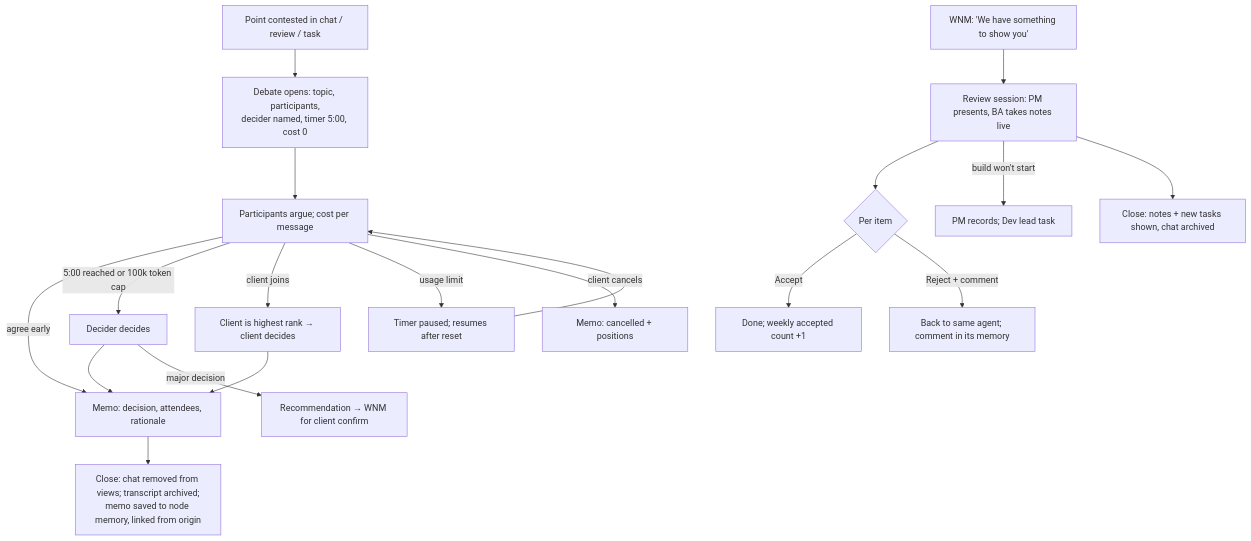
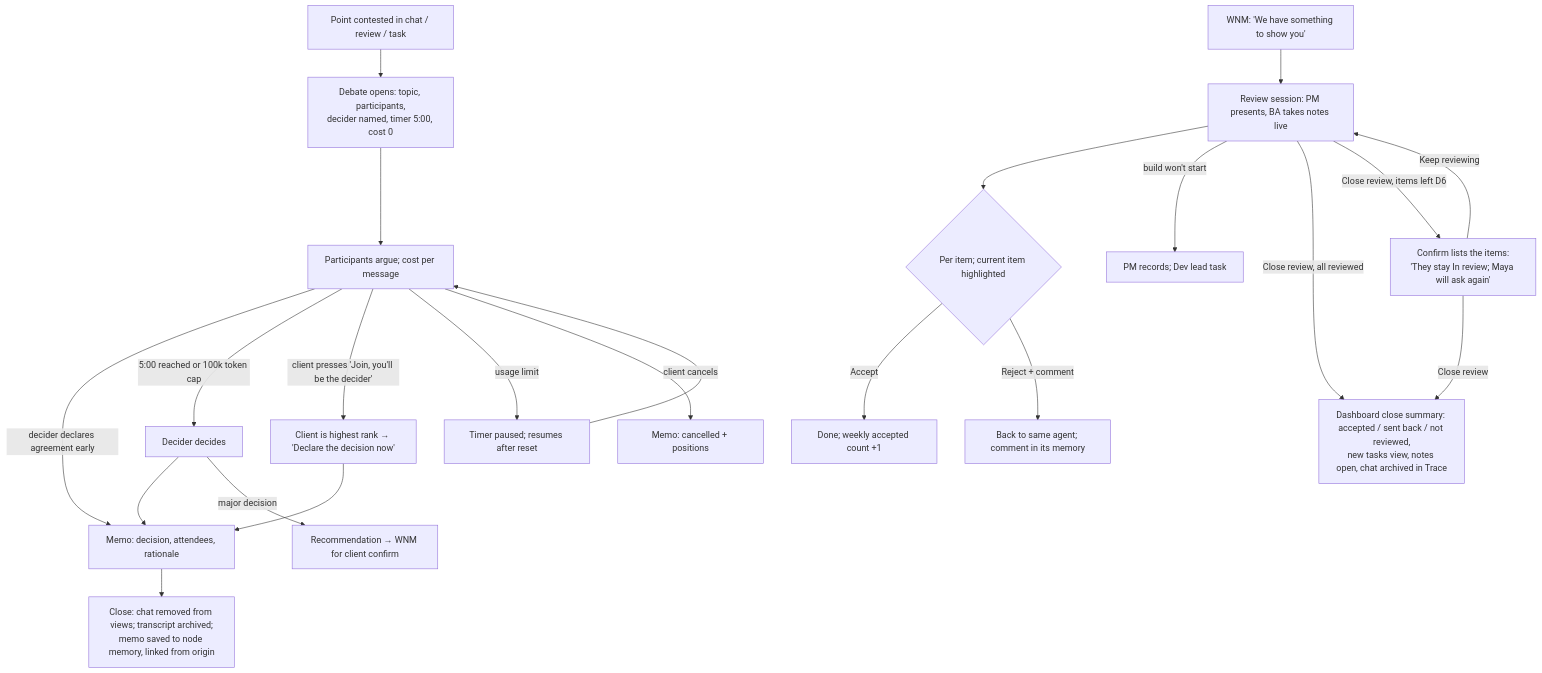
Before and after one commit to Majd-Alhakim/bench: the eighth of 11 diagrams in docs/design/ux/README.md, drawn with Mermaid. The commit also changed other lines of this file and 3 other files, not shown here.

````diff
--- a/docs/design/ux/README.md
+++ b/docs/design/ux/README.md
@@ -278,18 +289,21 @@
 ```mermaid
 flowchart TD
   A[Point contested in chat / review / task] --> B[Debate opens: topic, participants,<br/>decider named, timer 5:00, cost 0]
   B --> C[Participants argue; cost per message]
-  C -->|agree early| M[Memo: decision, attendees, rationale]
+  C -->|decider declares agreement early| M[Memo: decision, attendees, rationale]
   C -->|5:00 reached or 100k token cap| D[Decider decides] --> M
-  C -->|client joins| CJ[Client is highest rank → client decides] --> M
+  C -->|client presses 'Join, you'll be the decider'| CJ[Client is highest rank → 'Declare the decision now'] --> M
   C -->|usage limit| P[Timer paused; resumes after reset] --> C
   C -->|client cancels| K[Memo: cancelled + positions]
   D -->|major decision| W[Recommendation → WNM for client confirm]
   M --> CL[Close: chat removed from views; transcript archived;<br/>memo saved to node memory, linked from origin]
   R[WNM: 'We have something to show you'] --> RS[Review session: PM presents, BA takes notes live]
-  RS --> AC{Per item}
+  RS --> AC{Per item; current item highlighted}
   AC -->|Accept| DN[Done; weekly accepted count +1]
   AC -->|Reject + comment| RJ[Back to same agent; comment in its memory]
   RS -->|build won't start| E1[PM records; Dev lead task]
-  RS --> CL2[Close: notes + new tasks shown, chat archived]
+  RS -->|Close review, all reviewed| CL2
+  RS -->|Close review, items left D6| CF[Confirm lists the items:<br/>'They stay In review; Maya will ask again'] -->|Close review| CL2
+  CF -->|Keep reviewing| RS
+  CL2[Dashboard close summary: accepted / sent back / not reviewed,<br/>new tasks view, notes open, chat archived in Trace]
 ```
````
